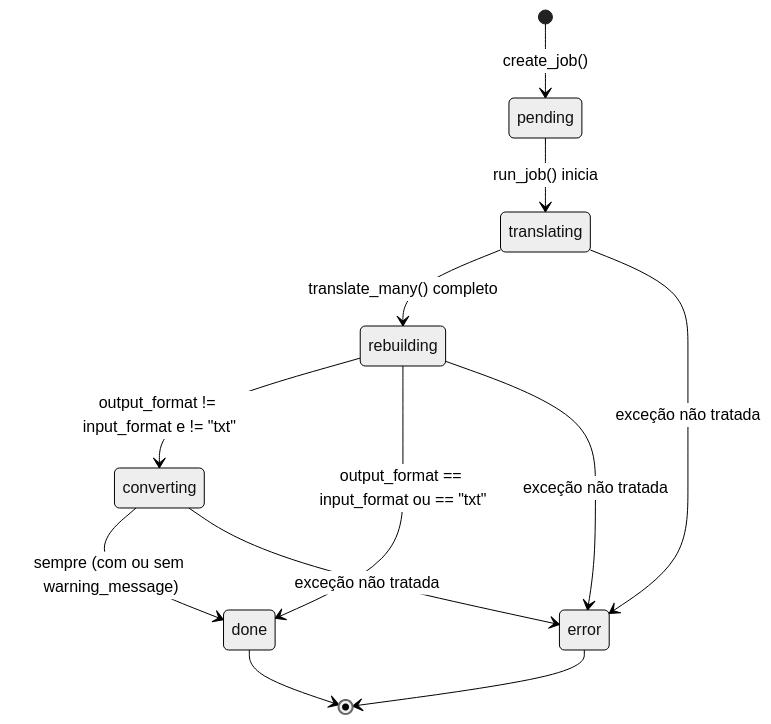
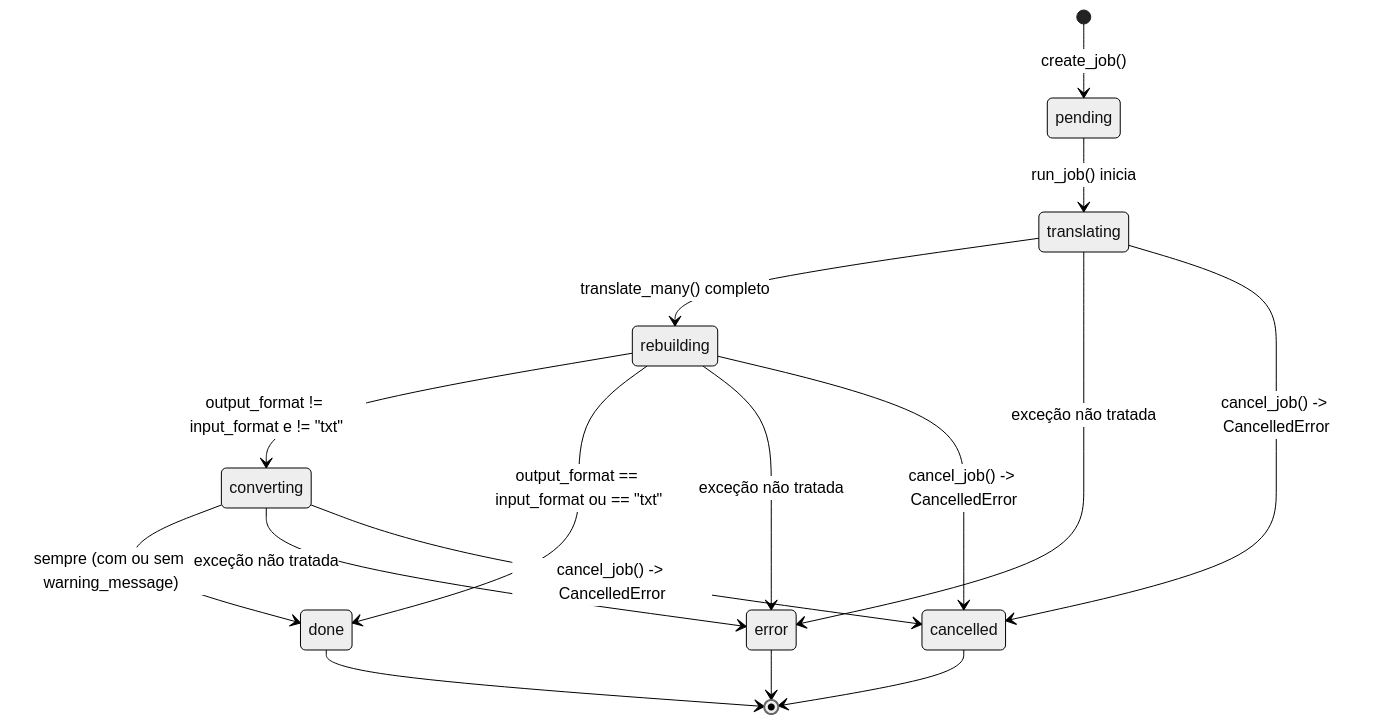
Before and after one commit to guigarciaa/traduz-ai: the third of 3 diagrams in docs/translation-pipeline.md, drawn with Mermaid (neutral theme). The commit also changed other lines of this file and 5 other files, not shown here.

````diff
--- a/docs/translation-pipeline.md
+++ b/docs/translation-pipeline.md
@@ -66,14 +105,18 @@
 ```mermaid
 stateDiagram-v2
     [*] --> pending: create_job()
     pending --> translating: run_job() inicia
     translating --> rebuilding: translate_many() completo
     rebuilding --> converting: output_format != input_format e != "txt"
     rebuilding --> done: output_format == input_format ou == "txt"
     converting --> done: sempre (com ou sem warning_message)
     translating --> error: exceção não tratada
     rebuilding --> error: exceção não tratada
     converting --> error: exceção não tratada
+    translating --> cancelled: cancel_job() -> CancelledError
+    rebuilding --> cancelled: cancel_job() -> CancelledError
+    converting --> cancelled: cancel_job() -> CancelledError
     done --> [*]
     error --> [*]
+    cancelled --> [*]
 ```
````
